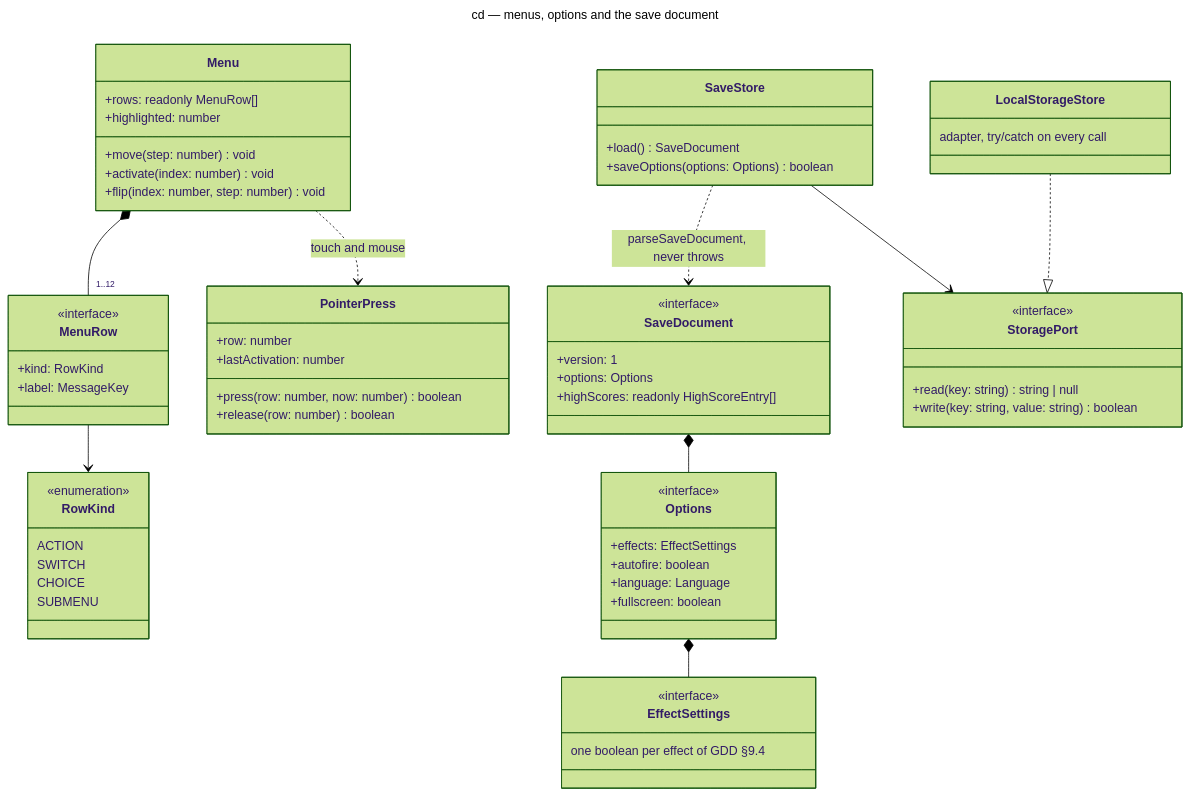
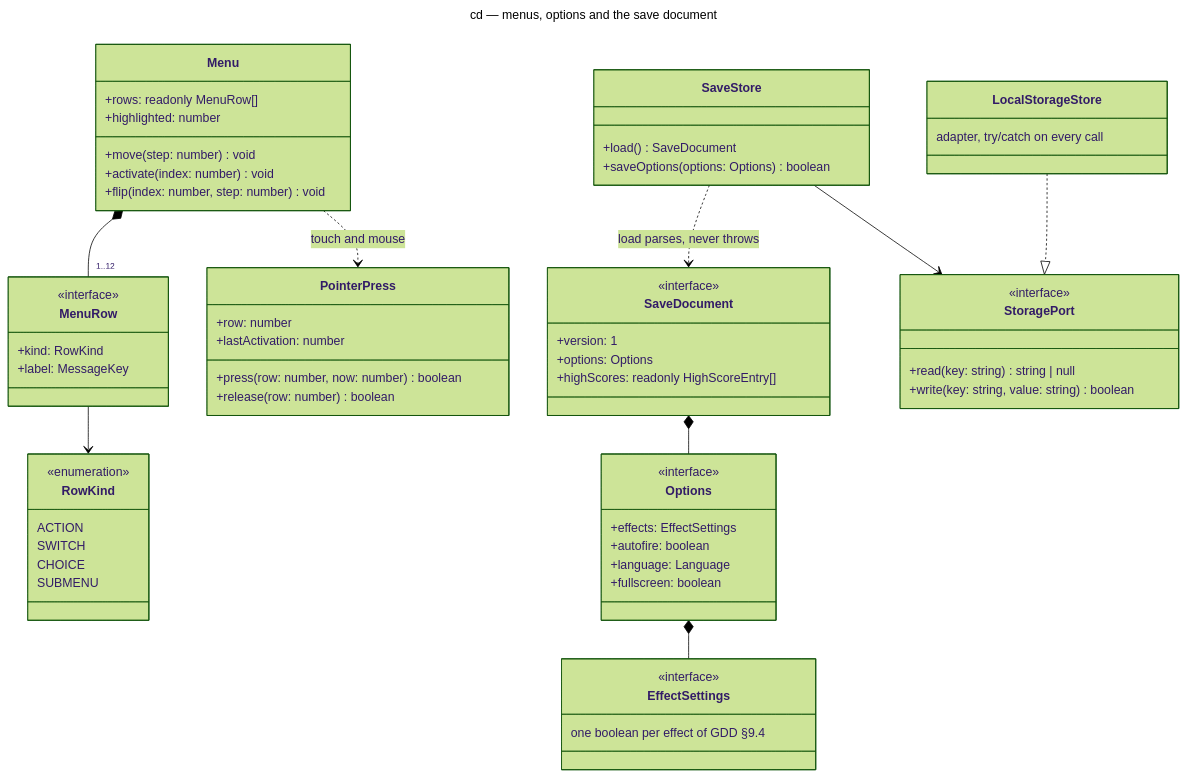
The diagram in docs/architecture/diagrams/meta/04-class-menus.md (benoit-bremaud/retro-shmup), drawn with Mermaid (forest theme) before and after one commit. The commit also changed 8 other files, not shown here.

First line of the commit message:
feat(ui): save the options in a versioned document (G1a-1) (#58)

````diff
--- a/docs/architecture/diagrams/meta/04-class-menus.md
+++ b/docs/architecture/diagrams/meta/04-class-menus.md
@@ -19,69 +19,69 @@
 ```mermaid
 ---
 title: cd — menus, options and the save document
 ---
 classDiagram
   class Menu {
     +rows: readonly MenuRow[]
     +highlighted: number
     +move(step: number) void
     +activate(index: number) void
     +flip(index: number, step: number) void
   }
   class MenuRow {
     <<interface>>
     +kind: RowKind
     +label: MessageKey
   }
   class RowKind {
     <<enumeration>>
     ACTION
     SWITCH
     CHOICE
     SUBMENU
   }
   class PointerPress {
     +row: number
     +lastActivation: number
     +press(row: number, now: number) boolean
     +release(row: number) boolean
   }
   class Options {
     <<interface>>
     +effects: EffectSettings
     +autofire: boolean
     +language: Language
     +fullscreen: boolean
   }
   class EffectSettings {
     <<interface>>
     one boolean per effect of GDD §9.4
   }
   class SaveDocument {
     <<interface>>
     +version: 1
     +options: Options
     +highScores: readonly HighScoreEntry[]
   }
   class SaveStore {
     +load() SaveDocument
     +saveOptions(options: Options) boolean
   }
   class StoragePort {
     <<interface>>
     +read(key: string) string | null
     +write(key: string, value: string) boolean
   }
   class LocalStorageStore {
     adapter, try/catch on every call
   }
 
   Menu *-- "1..12" MenuRow
   MenuRow --> RowKind
   Menu ..> PointerPress : touch and mouse
   Options *-- EffectSettings
   SaveDocument *-- Options
-  SaveStore ..> SaveDocument : parseSaveDocument, never throws
+  SaveStore ..> SaveDocument : load parses, never throws
   SaveStore --> StoragePort
   LocalStorageStore ..|> StoragePort
 ```
````
